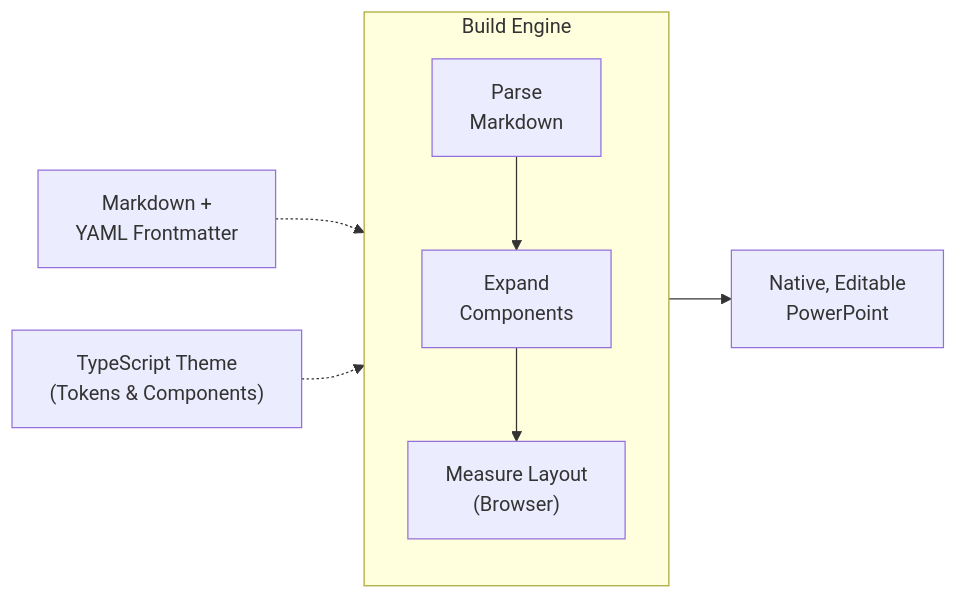
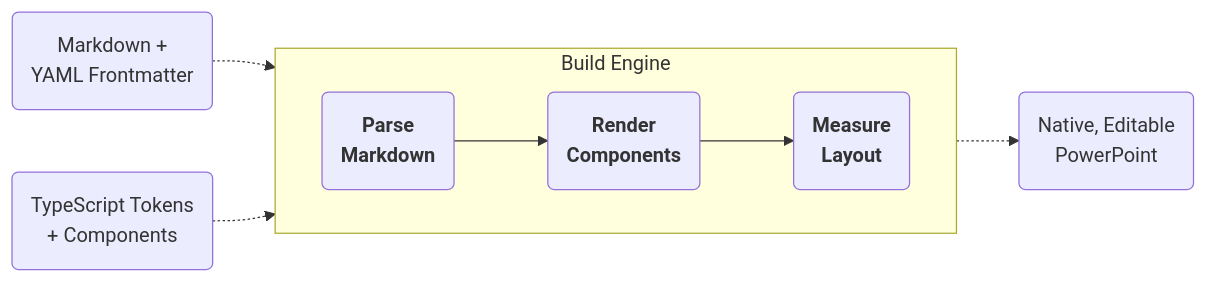
The diagram in packages/theme-default/examples/showcase.md (tycoworks/tycoslide), drawn with Mermaid before and after one commit. The commit also changed other lines of this file and 3 other files, not shown here.

First line of the commit message:
Mermaid: use shared cornerRadius (inches), document all tokens, streamline showcase

```diff
--- a/packages/theme-default/examples/showcase.md
+++ b/packages/theme-default/examples/showcase.md
@@ -106,11 +106,11 @@
 :::mermaid
 flowchart LR
-  MD["Markdown +<br/>YAML Frontmatter"] -.-> BUILD
-  TS["TypeScript Theme<br/>(Tokens & Components)"] -.-> BUILD
+  MD("Markdown +<br/>YAML Frontmatter") -.-> BUILD
+  TS("TypeScript Tokens<br/>+ Components") -.-> BUILD
   subgraph BUILD ["Build Engine"]
-    direction TB
-    PARSE["Parse<br/>Markdown"] --> EXPAND["Expand<br/>Components"] --> MEASURE["Measure Layout<br/>(Browser)"]
+    direction LR
+    PARSE("<b>Parse<br/>Markdown</b>") --> EXPAND("<b>Render<br/>Components</b>") --> MEASURE("<b>Measure<br/>Layout</b>")
   end
-  BUILD --> PPTX["Native, Editable<br/>PowerPoint"]
-  class PARSE,EXPAND,MEASURE primary
+  BUILD -.-> PPTX("Native, Editable<br/>PowerPoint")
+  class PARSE,EXPAND,MEASURE purple
 :::
```
